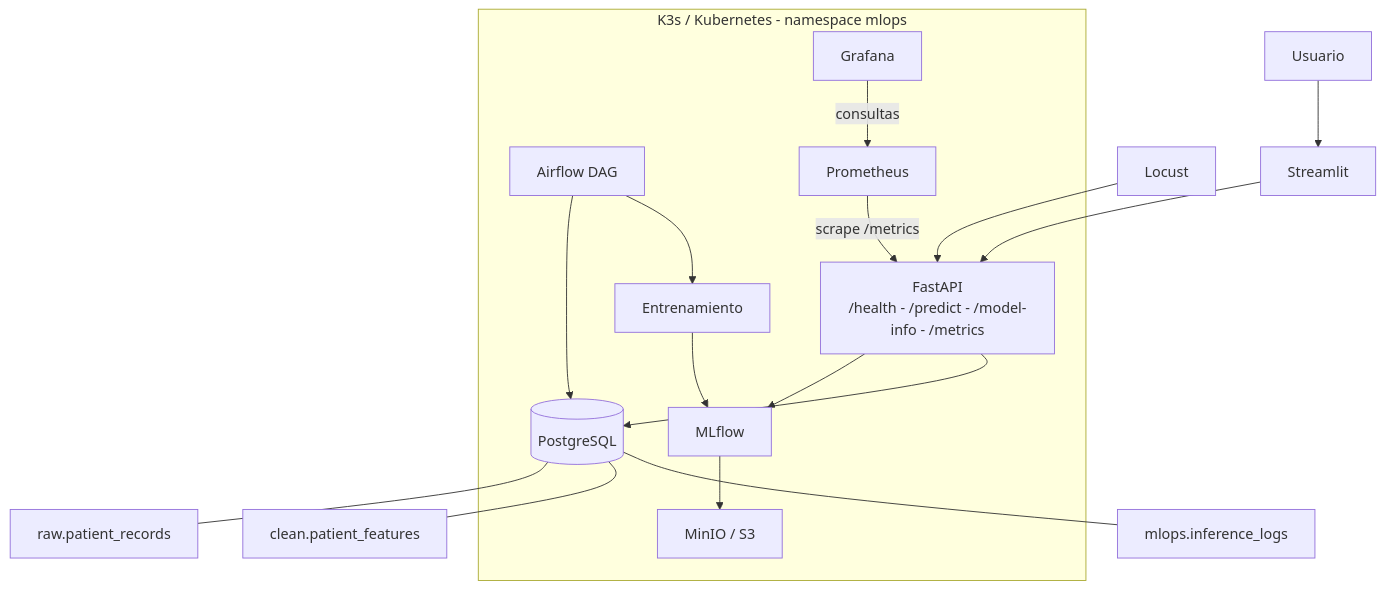
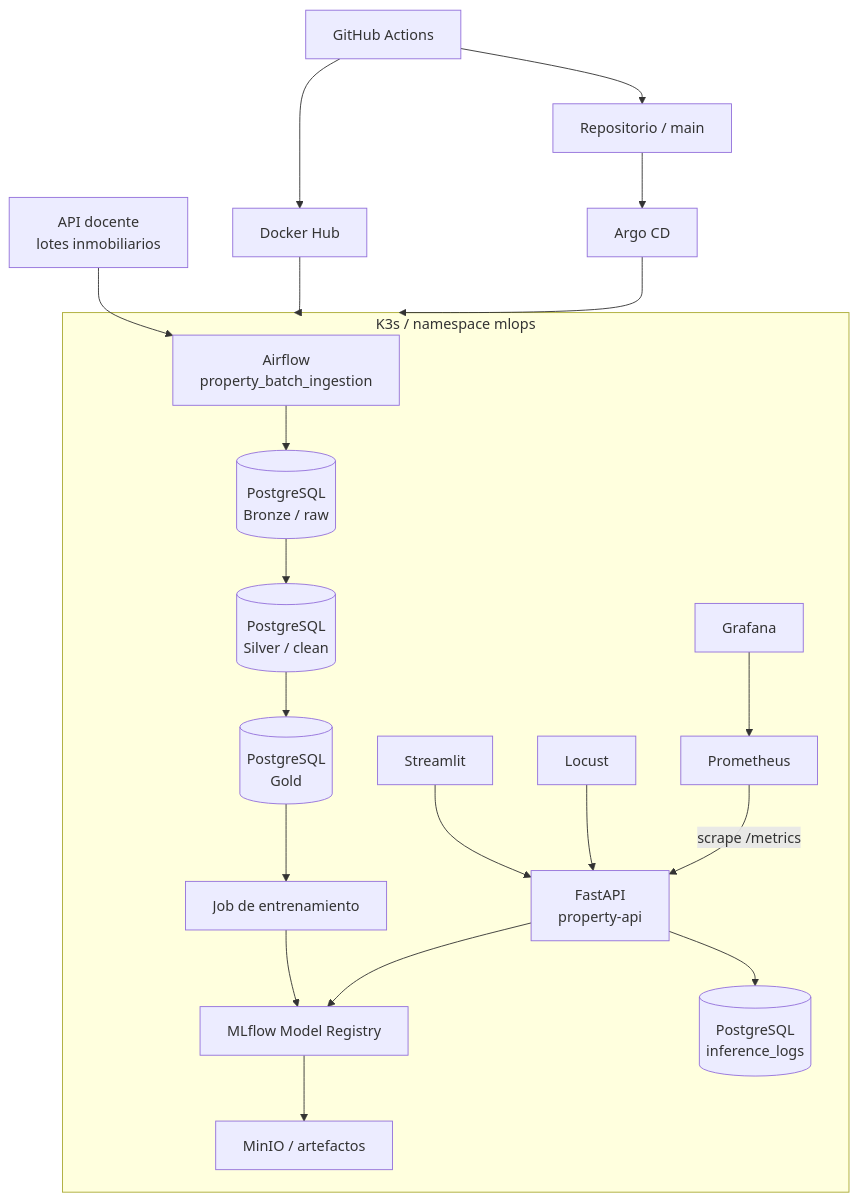
The diagram in README.md (daC0rtes/mlops-end-to-ent), drawn with Mermaid before and after one commit. The commit also changed other lines of this file, not shown here.

Commit message:
docs: document property MLOps platform (#9)

````diff
--- a/README.md
+++ b/README.md
@@ -35,21 +30,26 @@
 ```mermaid
 flowchart TB
-    U[Usuario] --> ST[Streamlit]
-    ST --> API[FastAPI<br/>/health - /predict - /model-info - /metrics]
-    L[Locust] --> API
+    SRC[API docente<br/>lotes inmobiliarios] --> AF[Airflow<br/>property_batch_ingestion]
 
-    subgraph K3S[K3s / Kubernetes - namespace mlops]
-        AF[Airflow DAG] --> PG[(PostgreSQL)]
-        AF --> TR[Entrenamiento]
-        TR --> MLF[MLflow]
-        MLF --> MINIO[MinIO / S3]
-        API --> MLF
-        API --> PG
+    subgraph K3S[K3s / namespace mlops]
+        AF --> BR[(PostgreSQL<br/>Bronze / raw)]
+        BR --> SI[(PostgreSQL<br/>Silver / clean)]
+        SI --> GO[(PostgreSQL<br/>Gold)]
+        GO --> TR[Job de entrenamiento]
+        TR --> MLF[MLflow Model Registry]
+        MLF --> MINIO[MinIO / artefactos]
+
+        API[FastAPI<br/>property-api] --> MLF
+        API --> LOGS[(PostgreSQL<br/>inference_logs)]
+        ST[Streamlit] --> API
+        LOC[Locust] --> API
         PROM[Prometheus] -->|scrape /metrics| API
-        GRAF[Grafana] -->|consultas| PROM
+        GRAF[Grafana] --> PROM
     end
 
-    PG --- RAW[raw.patient_records]
-    PG --- CLEAN[clean.patient_features]
-    PG --- LOGS[mlops.inference_logs]
+    GH[GitHub Actions] --> DH[Docker Hub]
+    DH --> K3S
+    GH --> GIT[Repositorio / main]
+    GIT --> ARGO[Argo CD]
+    ARGO --> K3S
 ```
````
